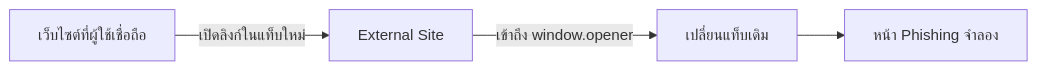
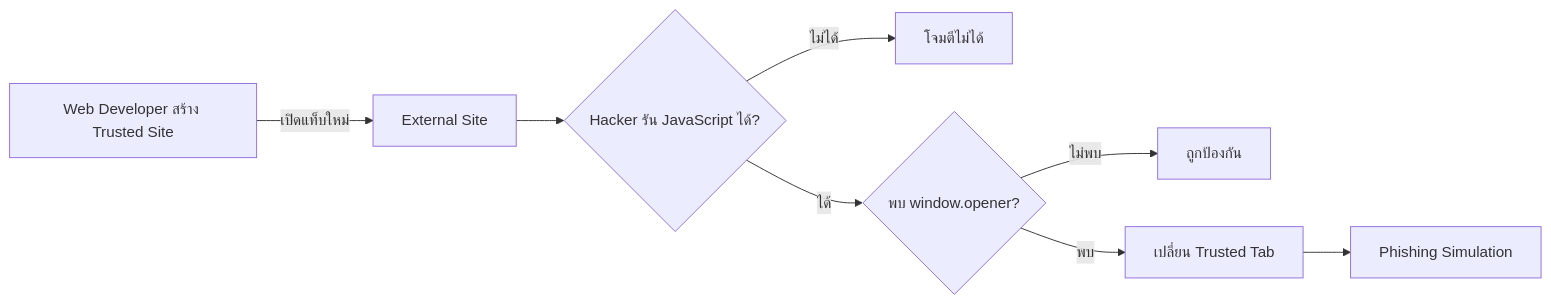
One commit to KOPE-SOLUTION/cybersecurity-attack-understand-defend changed the diagram in 01-reverse-tabnabbing/README.md. Above: the diagram before and after it, drawn with Mermaid. The commit also changed other lines of this file and 14 other files, not shown here.

Commit message:
refactor(ep01): model realistic trusted and external site attack flow

````diff
--- a/01-reverse-tabnabbing/README.md
+++ b/01-reverse-tabnabbing/README.md
@@ -19,6 +25,10 @@
 ```mermaid
 flowchart LR
-    A[เว็บไซต์ที่ผู้ใช้เชื่อถือ] -->|เปิดลิงก์ในแท็บใหม่| B[External Site]
-    B -->|เข้าถึง window.opener| C[เปลี่ยนแท็บเดิม]
-    C --> D[หน้า Phishing จำลอง]
+    A[Web Developer สร้าง Trusted Site] -->|เปิดแท็บใหม่| B[External Site]
+    B --> C{Hacker รัน JavaScript ได้?}
+    C -->|ไม่ได้| D[โจมตีไม่ได้]
+    C -->|ได้| E{พบ window.opener?}
+    E -->|ไม่พบ| F[ถูกป้องกัน]
+    E -->|พบ| G[เปลี่ยน Trusted Tab]
+    G --> H[Phishing Simulation]
 ```
````
